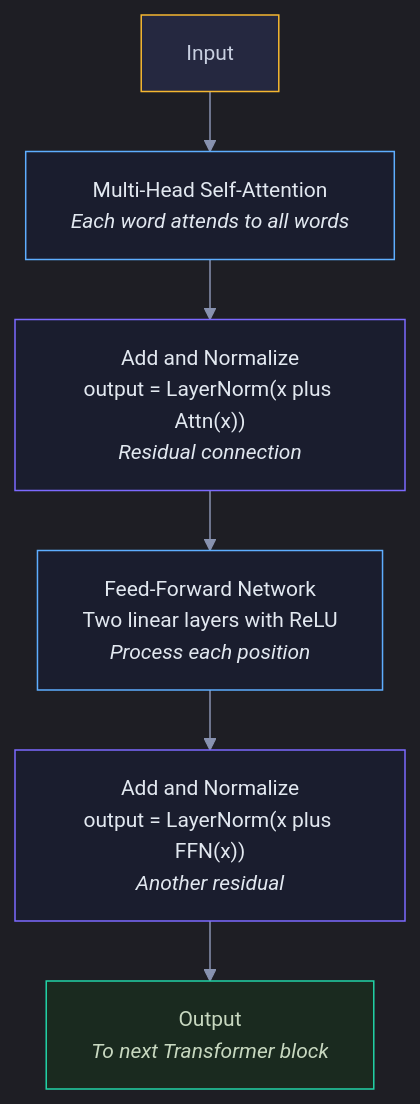
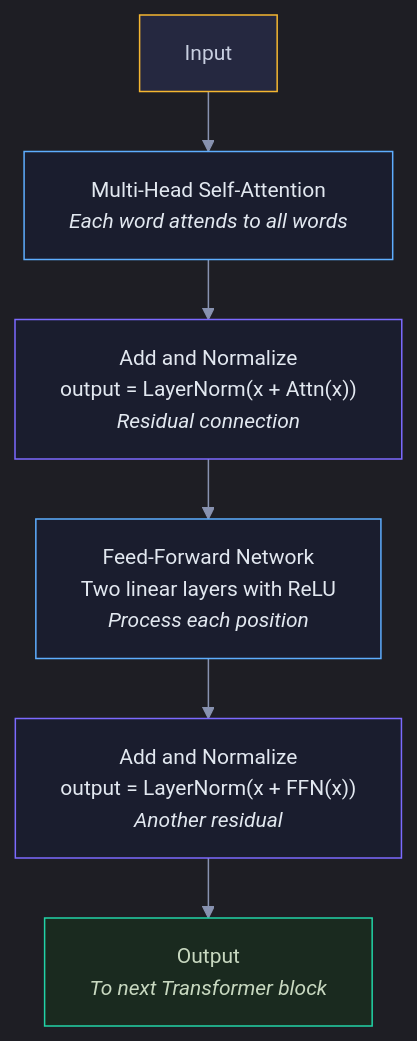
The sixth of 13 diagrams in Documents/Visual_Guides/Deep_Learning/Transformers_Visual.md (snehith1234/StudyCircle), drawn with Mermaid before and after one commit. The commit also changed other lines of this file and 10 other files, not shown here.

First line of the commit message:
Fix Mermaid formatting and add RNN/LSTM guides

````diff
--- a/Documents/Visual_Guides/Deep_Learning/Transformers_Visual.md
+++ b/Documents/Visual_Guides/Deep_Learning/Transformers_Visual.md
@@ -127,16 +127,16 @@
 ```mermaid
 %%{init: {'theme': 'dark', 'themeVariables': {'darkMode': true, 'background': '#0e1117', 'primaryColor': '#1a1d2e', 'primaryTextColor': '#e2e8f0', 'primaryBorderColor': '#2d3148', 'lineColor': '#8892b0', 'secondaryColor': '#252840', 'tertiaryColor': '#1a1d2e', 'fontSize': '14px', 'edgeLabelBackground': '#0e1117'}, 'flowchart': {'nodeSpacing': 30, 'rankSpacing': 40, 'padding': 15, 'htmlLabels': true}}}%%
 graph TD
     IN["Input"] --> ATTN["Multi-Head Self-Attention<br/><i>Each word attends to all words</i>"]
-    ATTN --> AN1["Add and Normalize<br/>output = LayerNorm(x plus Attn(x))<br/><i>Residual connection</i>"]
+    ATTN --> AN1["Add and Normalize<br/>output = LayerNorm(x + Attn(x))<br/><i>Residual connection</i>"]
     AN1 --> FFN["Feed-Forward Network<br/>Two linear layers with ReLU<br/><i>Process each position</i>"]
-    FFN --> AN2["Add and Normalize<br/>output = LayerNorm(x plus FFN(x))<br/><i>Another residual</i>"]
+    FFN --> AN2["Add and Normalize<br/>output = LayerNorm(x + FFN(x))<br/><i>Another residual</i>"]
     AN2 --> OUT["Output<br/><i>To next Transformer block</i>"]
 
     style IN fill:#252840,stroke:#f5b731,color:#c8cfe0
     style ATTN fill:#1a1d2e,stroke:#5eaeff,color:#e2e8f0
     style AN1 fill:#1a1d2e,stroke:#7c6aff,color:#e2e8f0
     style FFN fill:#1a1d2e,stroke:#5eaeff,color:#e2e8f0
     style AN2 fill:#1a1d2e,stroke:#7c6aff,color:#e2e8f0
     style OUT fill:#1a2a1f,stroke:#22d3a7,color:#c8d8c0
 ```
````
